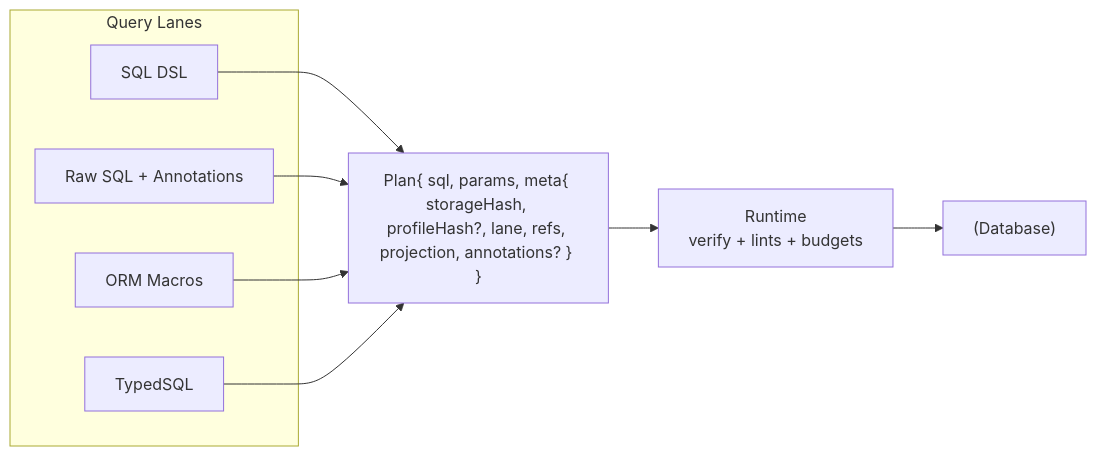
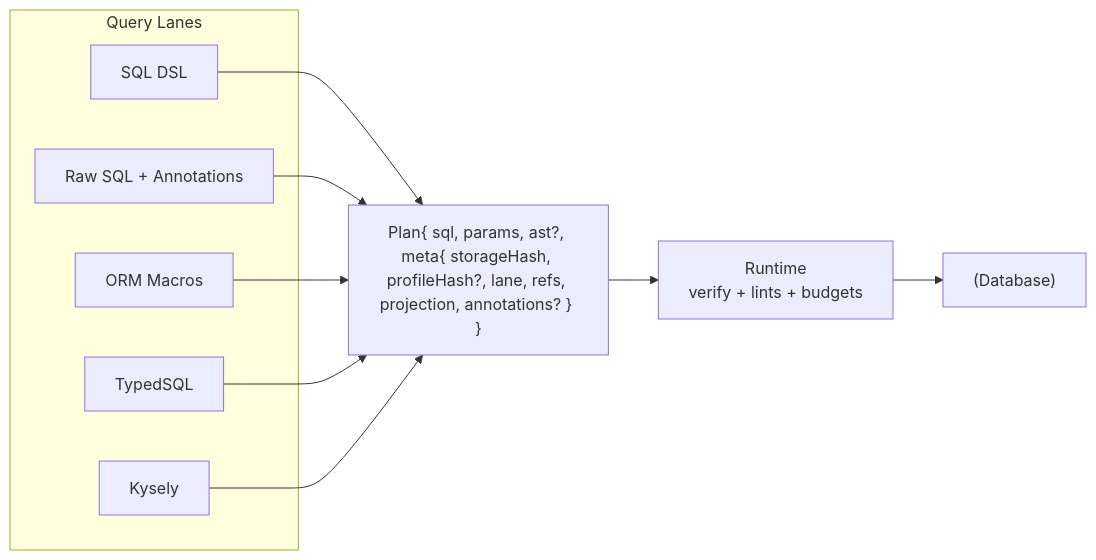
Before and after one commit to prisma/prisma-next: the diagram in docs/architecture docs/subsystems/3. Query Lanes.md, drawn with Mermaid. The commit also changed other lines of this file and 3 other files, not shown here.

First line of the commit message:
docs(phase10): add Kysely lane and AST-first lints to subsystem docs

````diff
--- a/docs/architecture docs/subsystems/3. Query Lanes.md
+++ b/docs/architecture docs/subsystems/3. Query Lanes.md
@@ -10,17 +10,19 @@
 ```mermaid
 flowchart LR
   subgraph "Query Lanes"
     DSL[SQL DSL]
     RAW["Raw SQL + Annotations"]
     ORM[ORM Macros]
     TSQL[TypedSQL]
+    KYS[Kysely]
   end
   DSL --> PLAN
   RAW --> PLAN
   ORM --> PLAN
   TSQL --> PLAN
-  PLAN["Plan{ sql, params, meta{ storageHash, profileHash?, lane, refs, projection, annotations? } }"]
+  KYS --> PLAN
+  PLAN["Plan{ sql, params, ast?, meta{ storageHash, profileHash?, lane, refs, projection, annotations? } }"]
   PLAN --> RT[Runtime
   verify + lints + budgets]
   RT --> DB["(Database)"]
 ```
````
